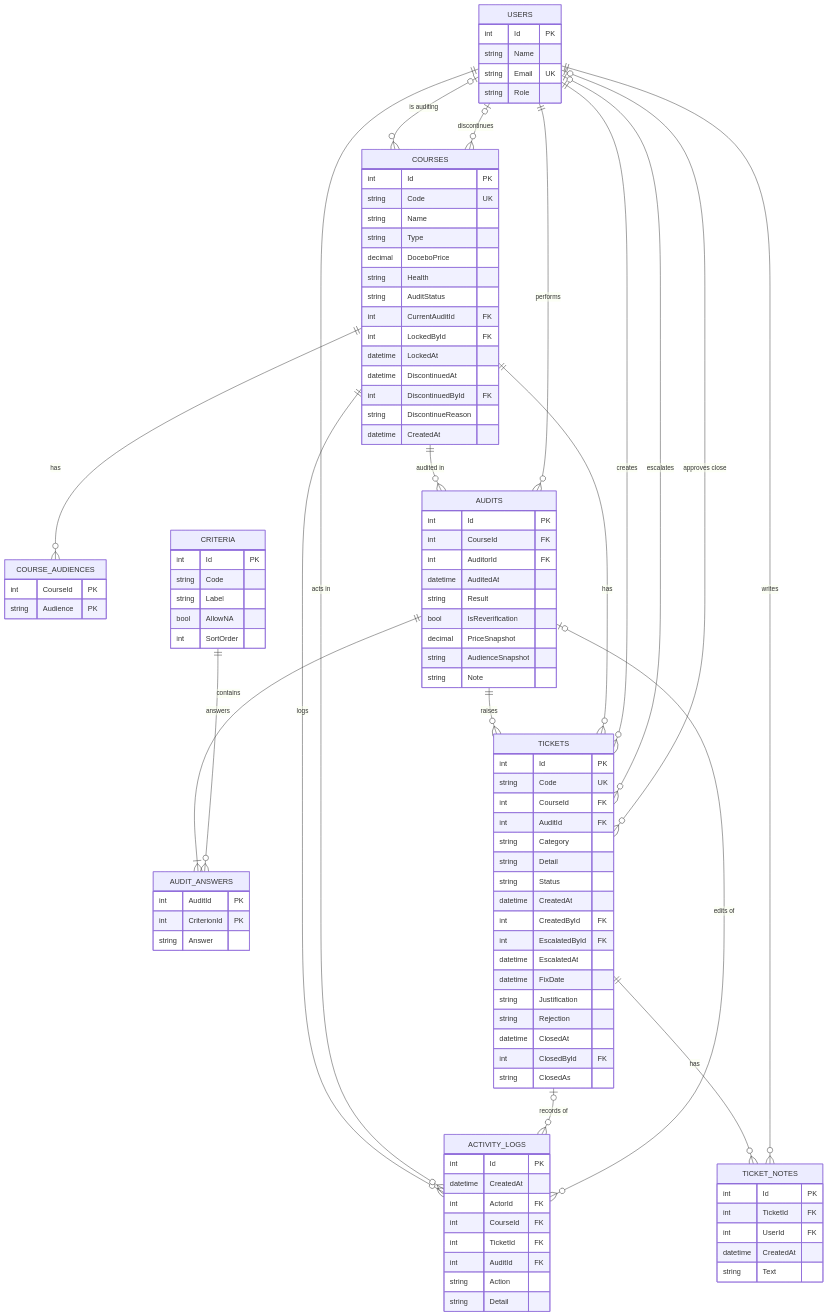
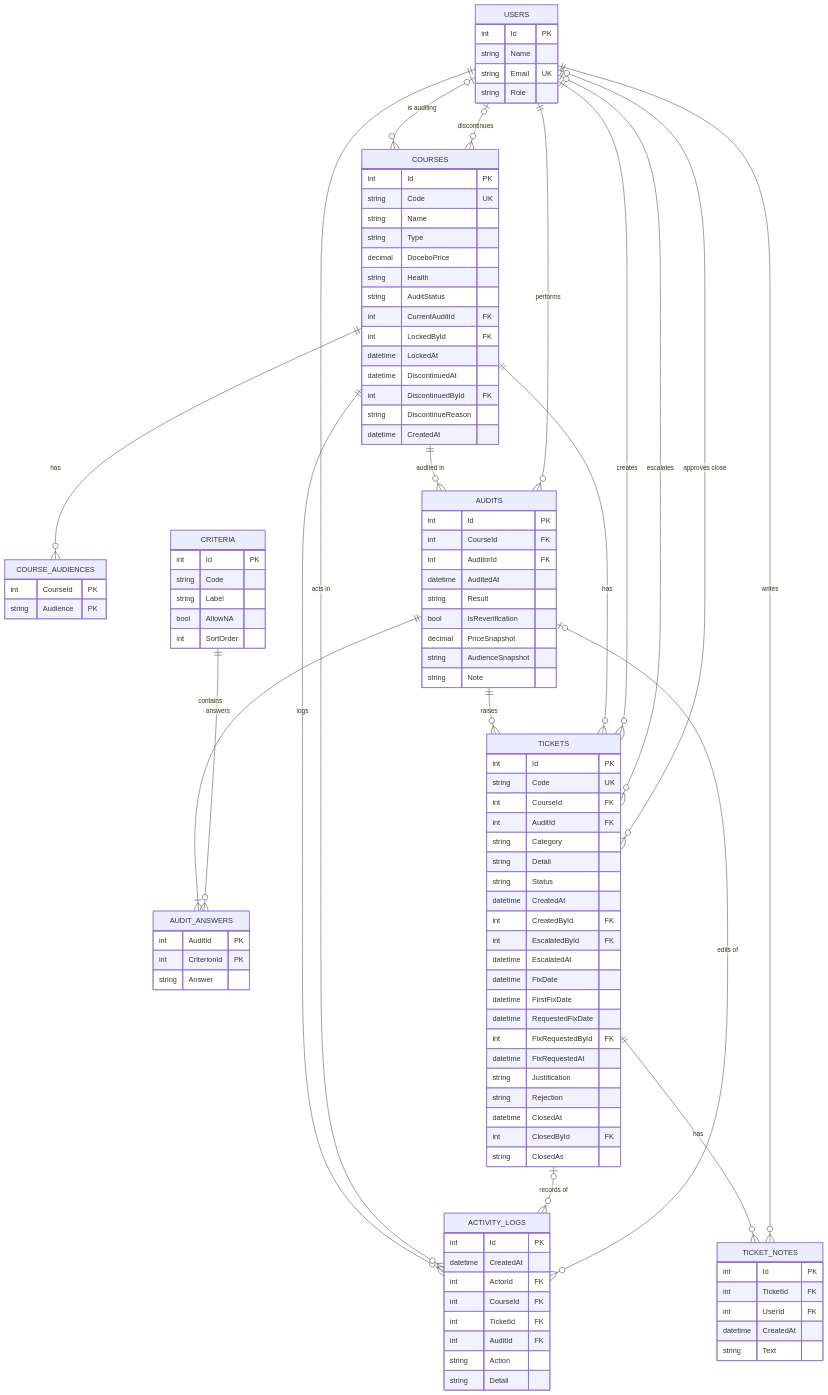
One commit to ahpou9512/course-audit-demo changed the diagram in database.md. Above: the diagram before and after it, drawn with Mermaid. The commit also changed other lines of this file and 4 other files, not shown here.

```diff
--- a/database.md
+++ b/database.md
@@ -87,6 +87,10 @@
     int EscalatedById FK
     datetime EscalatedAt
     datetime FixDate
+    datetime FirstFixDate
+    datetime RequestedFixDate
+    int FixRequestedById FK
+    datetime FixRequestedAt
     string Justification
     string Rejection
     datetime ClosedAt
```
